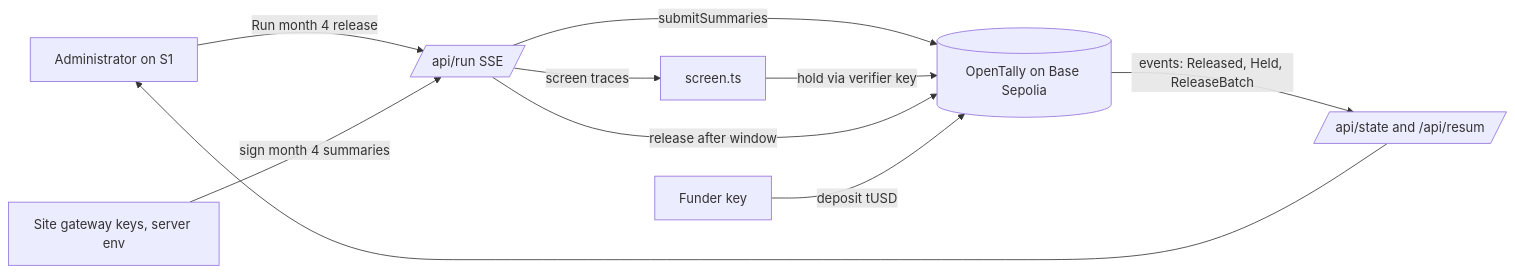
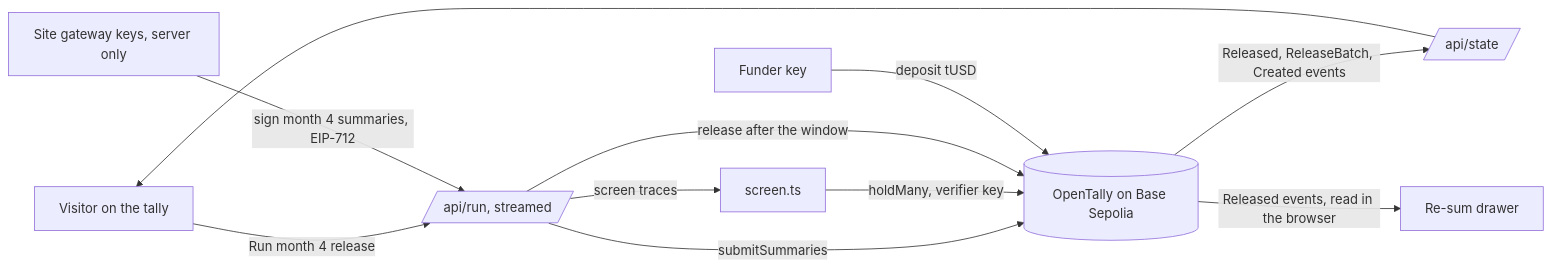
The diagram in ARCHITECTURE.md (itssaharsh/opentally), drawn with Mermaid before and after one commit. The commit also changed other lines of this file and 32 other files, not shown here.

Commit message:
Repository holds what judges read and run: build records, agent instructions and the capture tool kept off the repo; architecture rewritten to match the build; video link in the README and About page; web README

````diff
--- a/ARCHITECTURE.md
+++ b/ARCHITECTURE.md
@@ -19,12 +21,13 @@
 ```mermaid
 flowchart LR
-  A[Administrator on S1] -->|Run month 4 release| R[/api/run SSE/]
-  G[Site gateway keys, server env] -->|sign month 4 summaries| R
+  A[Visitor on the tally] -->|Run month 4 release| R[/api/run, streamed/]
+  G[Site gateway keys, server only] -->|sign month 4 summaries, EIP-712| R
   R -->|submitSummaries| C[(OpenTally on Base Sepolia)]
   R -->|screen traces| S[screen.ts]
-  S -->|hold via verifier key| C
-  R -->|release after window| C
-  C -->|events: Released, Held, ReleaseBatch| W[/api/state and /api/resum/]
+  S -->|holdMany, verifier key| C
+  R -->|release after the window| C
+  C -->|Released, ReleaseBatch, Created events| W[/api/state/]
+  C -->|Released events, read in the browser| B[Re-sum drawer]
   W --> A
   F[Funder key] -->|deposit tUSD| C
 ```
````
